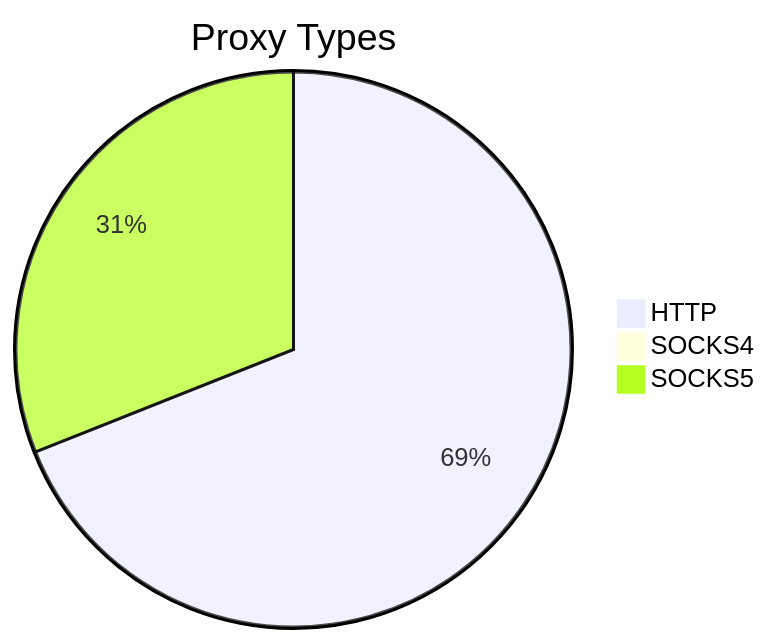
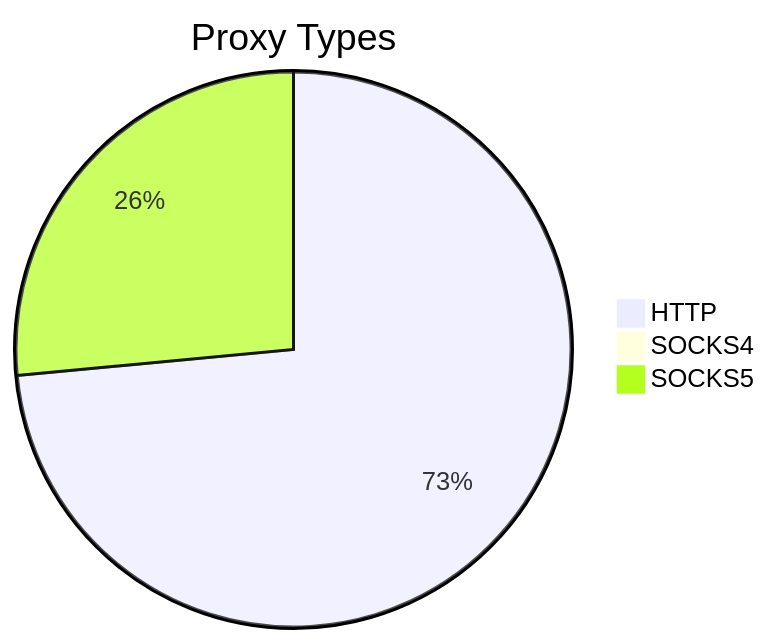
One commit to stormsia/proxy-list changed the first of 2 diagrams in README.md. Above: the diagram before and after it, drawn with Mermaid. The commit also changed other lines of this file, not shown here.

````diff
--- a/README.md
+++ b/README.md
@@ -21,6 +21,6 @@
 ```mermaid
 pie title Proxy Types
-    "HTTP" : 2271
+    "HTTP" : 2331
     "SOCKS4" : 23
-    "SOCKS5" : 1021
+    "SOCKS5" : 840
 ```
````
